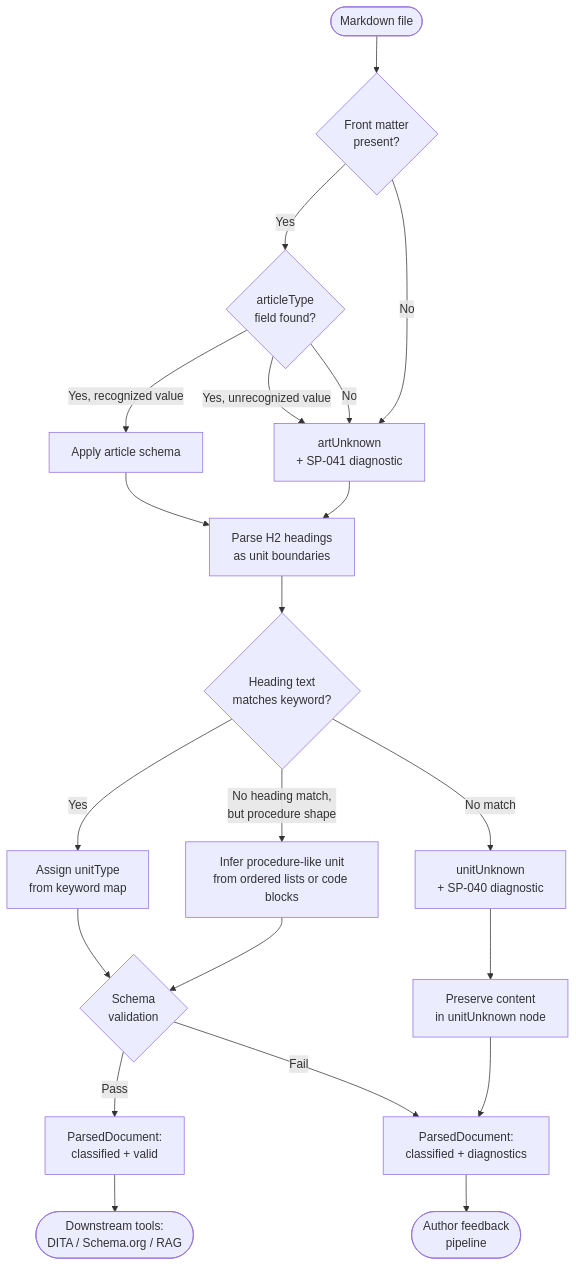
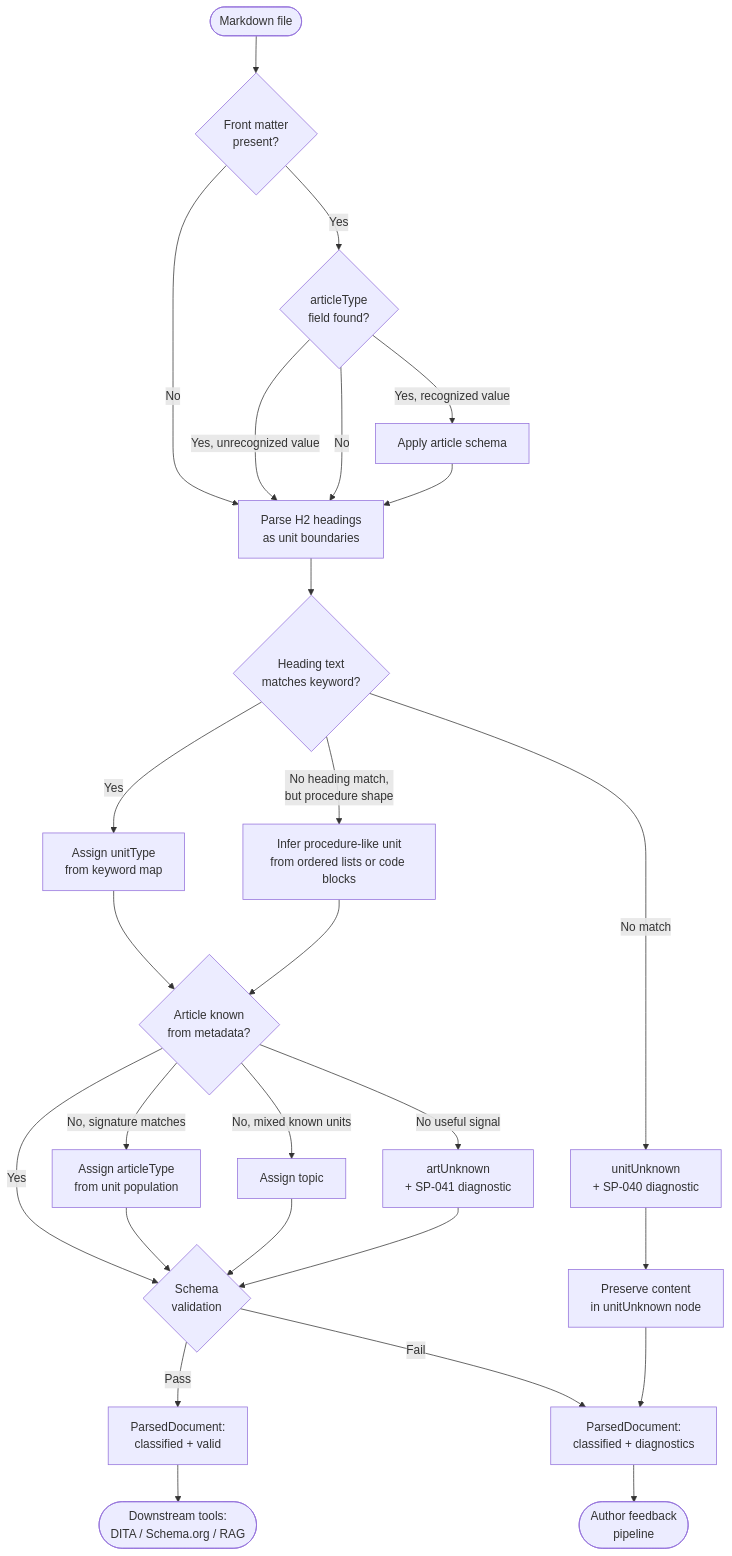
Before and after one commit to mattbriggs/structured-markdown: the diagram in docs_src/concept/information-architecture.md, drawn with Mermaid. The commit also changed other lines of this file and 55 other files, not shown here.

````diff
--- a/docs_src/concept/information-architecture.md
+++ b/docs_src/concept/information-architecture.md
@@ -102,32 +102,40 @@
 ```mermaid
 flowchart TD
     START([Markdown file]) --> FM{Front matter\npresent?}
 
     FM -->|Yes| AT{articleType\nfield found?}
-    FM -->|No| ARTUNKNOWN[artUnknown\n+ SP-041 diagnostic]
+    FM -->|No| H2[Parse H2 headings\nas unit boundaries]
 
     AT -->|Yes, recognized value| ARTKNOWN[Apply article schema]
-    AT -->|Yes, unrecognized value| ARTUNKNOWN
-    AT -->|No| ARTUNKNOWN
+    AT -->|Yes, unrecognized value| H2
+    AT -->|No| H2
 
     ARTKNOWN --> H2[Parse H2 headings\nas unit boundaries]
-    ARTUNKNOWN --> H2
 
     H2 --> KW{Heading text\nmatches keyword?}
 
     KW -->|Yes| UNITKNOWN[Assign unitType\nfrom keyword map]
     KW -->|No heading match,\nbut procedure shape| UNITPROC[Infer procedure-like unit\nfrom ordered lists or code blocks]
     KW -->|No match| UNITUNKNOWN[unitUnknown\n+ SP-040 diagnostic]
 
-    UNITKNOWN --> VALIDATE{Schema\nvalidation}
-    UNITPROC --> VALIDATE
+    UNITKNOWN --> ARTINFER{Article known\nfrom metadata?}
+    UNITPROC --> ARTINFER
     UNITUNKNOWN --> PRESERVE[Preserve content\nin unitUnknown node]
+
+    ARTINFER -->|Yes| VALIDATE{Schema\nvalidation}
+    ARTINFER -->|No, signature matches| ARTCONSTRUCT[Assign articleType\nfrom unit population]
+    ARTINFER -->|No, mixed known units| ARTTOPIC[Assign topic]
+    ARTINFER -->|No useful signal| ARTUNKNOWN[artUnknown\n+ SP-041 diagnostic]
+
+    ARTCONSTRUCT --> VALIDATE
+    ARTTOPIC --> VALIDATE
+    ARTUNKNOWN --> VALIDATE
 
     VALIDATE -->|Pass| READY[ParsedDocument:\nclassified + valid]
     VALIDATE -->|Fail| DIAGFAIL[ParsedDocument:\nclassified + diagnostics]
 
     PRESERVE --> DIAGFAIL
 
     READY --> OUT([Downstream tools:\nDITA / Schema.org / RAG])
     DIAGFAIL --> FEED([Author feedback\npipeline])
 ```
````
